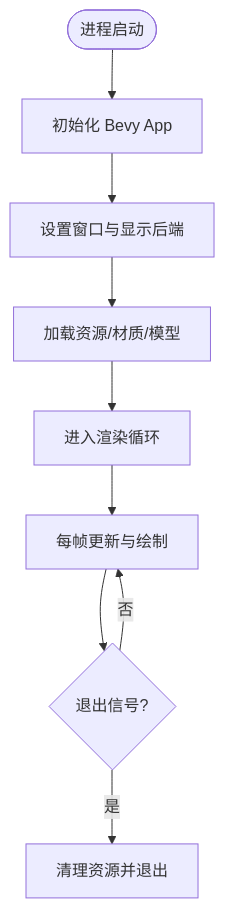
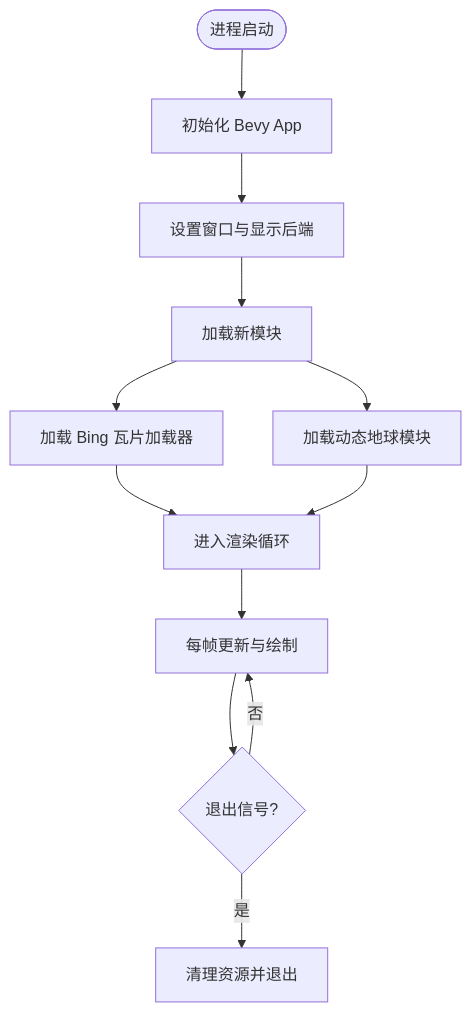
The third of 5 diagrams in .qoder/repowiki/zh/content/项目概述/项目介绍/应用程序主入口.md (rzhangjing/cesium), drawn with Mermaid before and after one commit. The commit also changed other lines of this file and 164 other files, not shown here.

````diff
--- a/.qoder/repowiki/zh/content/项目概述/项目介绍/应用程序主入口.md
+++ b/.qoder/repowiki/zh/content/项目概述/项目介绍/应用程序主入口.md
@@ -123,11 +144,14 @@
 ```mermaid
 flowchart TD
 Start(["进程启动"]) --> InitApp["初始化 Bevy App"]
 InitApp --> SetupWindow["设置窗口与显示后端"]
-SetupWindow --> LoadAssets["加载资源/材质/模型"]
-LoadAssets --> RunLoop["进入渲染循环"]
+SetupWindow --> LoadModules["加载新模块"]
+LoadModules --> LoadBing["加载 Bing 瓦片加载器"]
+LoadModules --> LoadGlobe["加载动态地球模块"]
+LoadBing --> RunLoop["进入渲染循环"]
+LoadGlobe --> RunLoop
 RunLoop --> RenderFrame["每帧更新与绘制"]
 RenderFrame --> Exit{"退出信号?"}
 Exit --> |否| RenderFrame
 Exit --> |是| Cleanup["清理资源并退出"]
 ```
````
